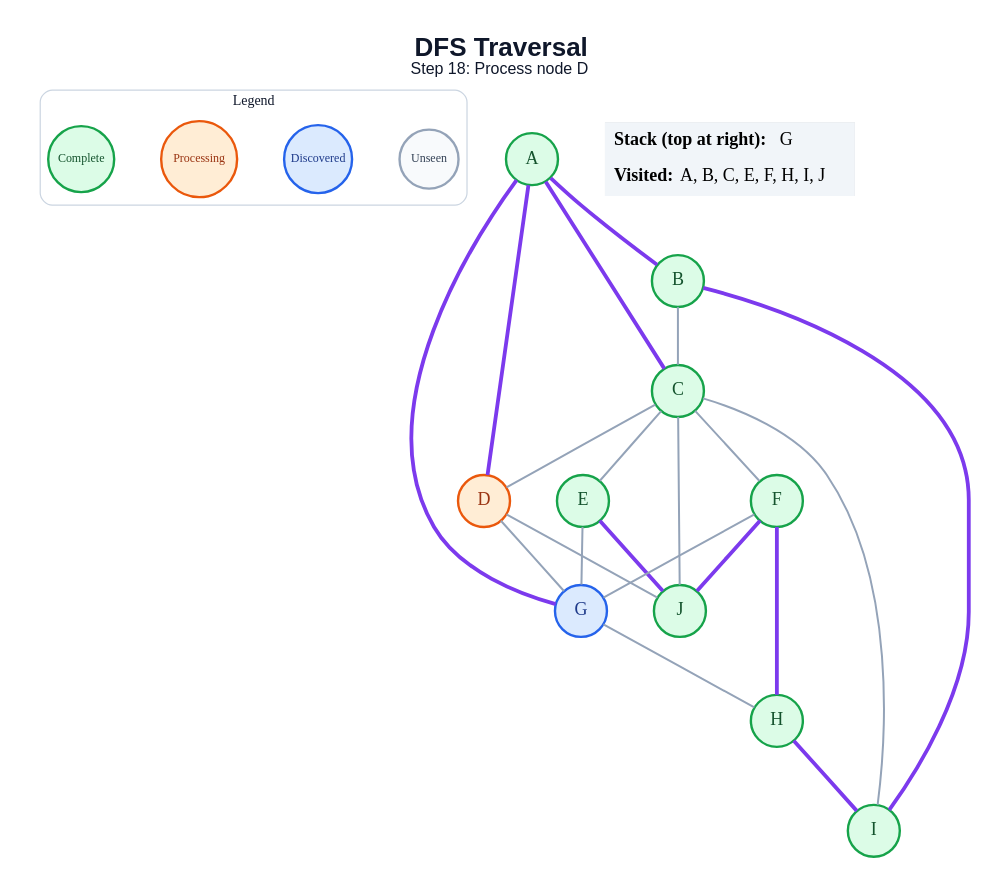
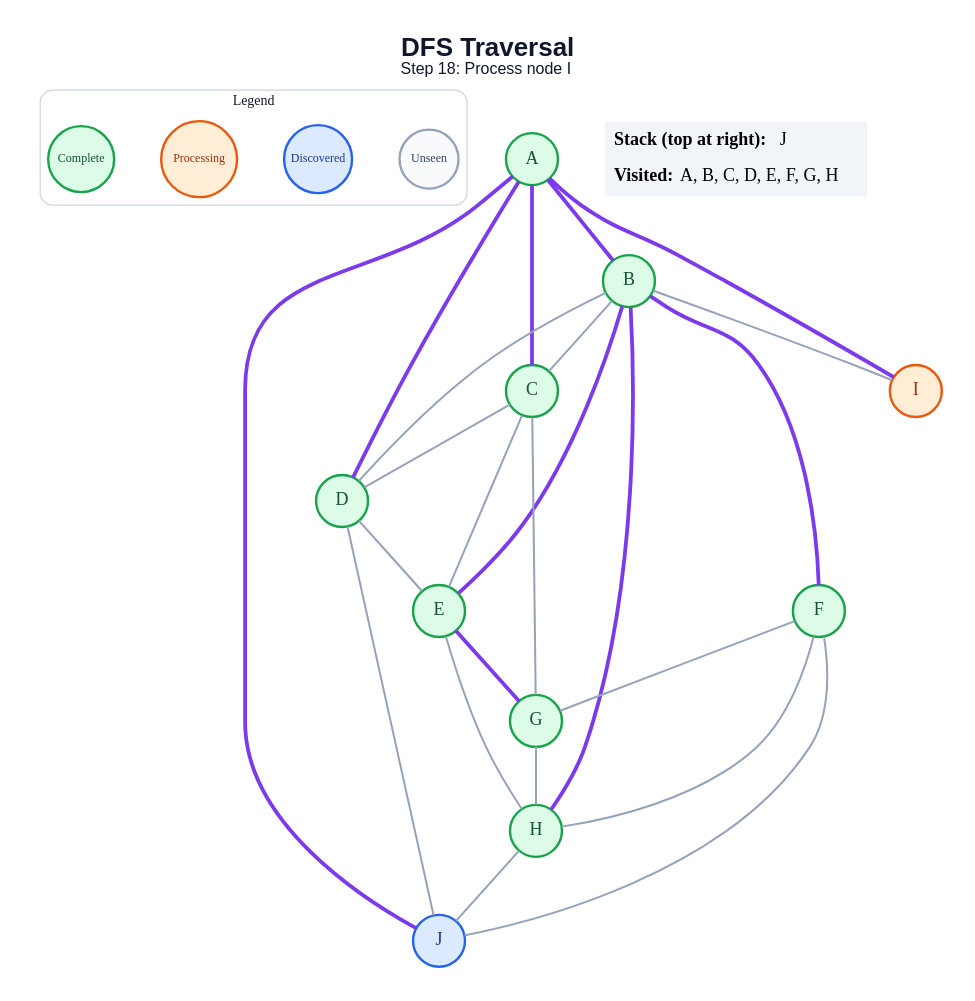
One commit to amanghodawala9/ai-slop changed the diagram in generated/dfs/step_18.dot. Above: the diagram before and after it, drawn with Graphviz. The commit also changed 178 other files, not shown here.

```diff
--- a/generated/dfs/step_18.dot
+++ b/generated/dfs/step_18.dot
@@ -1,49 +1,52 @@
 graph traversal {
   graph [layout=dot, rankdir=TB, bgcolor="#FFFFFF", pad="0.35", nodesep="0.65", ranksep="0.8", fontname="Arial"];
   node [shape=circle, style="filled", fontname="Arial Bold", fontsize=18, width=0.72, fixedsize=true, penwidth=2.4];
   edge [color="#94A3B8", penwidth=2.0];
-  label=<<B>DFS Traversal</B><BR/><FONT POINT-SIZE="16">Step 18: Process node D</FONT>>; labelloc="t"; fontsize=26; fontname="Arial"; fontcolor="#0F172A";
+  label=<<B>DFS Traversal</B><BR/><FONT POINT-SIZE="16">Step 18: Process node I</FONT>>; labelloc="t"; fontsize=26; fontname="Arial"; fontcolor="#0F172A";
   subgraph cluster_legend { label="Legend"; color="#CBD5E1"; penwidth=1.2; style="rounded"; fontsize=14; fontname="Arial Bold";
     key_unseen [label="Unseen", fillcolor="#F8FAFC", color="#94A3B8", fontcolor="#334155", fontsize=12, width=0.82];
     key_frontier [label="Discovered", fillcolor="#DBEAFE", color="#2563EB", fontcolor="#1E3A8A", fontsize=12, width=0.95];
     key_current [label="Processing", fillcolor="#FFEDD5", color="#EA580C", fontcolor="#9A3412", fontsize=12, width=1.05];
     key_done [label="Complete", fillcolor="#DCFCE7", color="#16A34A", fontcolor="#14532D", fontsize=12, width=0.92];
     { rank=same; key_unseen; key_frontier; key_current; key_done; }
   }
   A [fillcolor="#DCFCE7", color="#16A34A", fontcolor="#14532D"];
   B [fillcolor="#DCFCE7", color="#16A34A", fontcolor="#14532D"];
   C [fillcolor="#DCFCE7", color="#16A34A", fontcolor="#14532D"];
-  D [fillcolor="#FFEDD5", color="#EA580C", fontcolor="#9A3412"];
+  D [fillcolor="#DCFCE7", color="#16A34A", fontcolor="#14532D"];
   E [fillcolor="#DCFCE7", color="#16A34A", fontcolor="#14532D"];
   F [fillcolor="#DCFCE7", color="#16A34A", fontcolor="#14532D"];
-  G [fillcolor="#DBEAFE", color="#2563EB", fontcolor="#1E3A8A"];
+  G [fillcolor="#DCFCE7", color="#16A34A", fontcolor="#14532D"];
   H [fillcolor="#DCFCE7", color="#16A34A", fontcolor="#14532D"];
-  I [fillcolor="#DCFCE7", color="#16A34A", fontcolor="#14532D"];
-  J [fillcolor="#DCFCE7", color="#16A34A", fontcolor="#14532D"];
+  I [fillcolor="#FFEDD5", color="#EA580C", fontcolor="#9A3412"];
+  J [fillcolor="#DBEAFE", color="#2563EB", fontcolor="#1E3A8A"];
   A -- B [color="#7C3AED", penwidth=3.8];
   A -- C [color="#7C3AED", penwidth=3.8];
   A -- D [color="#7C3AED", penwidth=3.8];
-  A -- G [color="#7C3AED", penwidth=3.8];
+  A -- I [color="#7C3AED", penwidth=3.8];
+  A -- J [color="#7C3AED", penwidth=3.8];
   B -- C;
-  B -- I [color="#7C3AED", penwidth=3.8];
+  B -- D;
+  B -- E [color="#7C3AED", penwidth=3.8];
+  B -- F [color="#7C3AED", penwidth=3.8];
+  B -- H [color="#7C3AED", penwidth=3.8];
+  B -- I;
   C -- D;
   C -- E;
-  C -- F;
-  C -- I;
-  C -- J;
-  D -- G;
+  C -- G;
+  D -- E;
   D -- J;
-  E -- G;
-  E -- J [color="#7C3AED", penwidth=3.8];
+  E -- G [color="#7C3AED", penwidth=3.8];
+  E -- H;
   F -- G;
-  F -- H [color="#7C3AED", penwidth=3.8];
-  F -- J [color="#7C3AED", penwidth=3.8];
+  F -- H;
+  F -- J;
   G -- H;
-  H -- I [color="#7C3AED", penwidth=3.8];
+  H -- J;
   status [shape=plain, fixedsize=false, width=0, height=0, margin=0, label=<
     <TABLE BORDER="0" CELLBORDER="0" CELLPADDING="7" BGCOLOR="#F1F5F9">
-      <TR><TD ALIGN="LEFT"><B>Stack (top at right):</B> G</TD></TR>
-      <TR><TD ALIGN="LEFT"><B>Visited:</B> A, B, C, E, F, H, I, J</TD></TR>
+      <TR><TD ALIGN="LEFT"><B>Stack (top at right):</B> J</TD></TR>
+      <TR><TD ALIGN="LEFT"><B>Visited:</B> A, B, C, D, E, F, G, H</TD></TR>
     </TABLE>
   >];
 }
```
